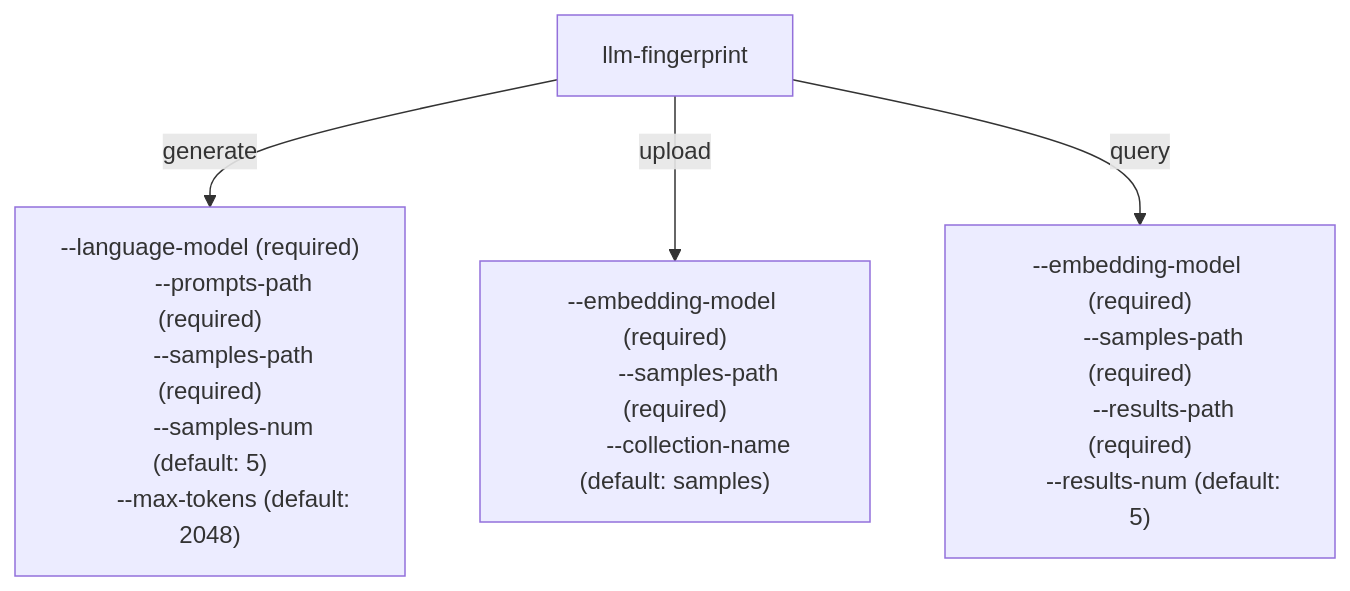
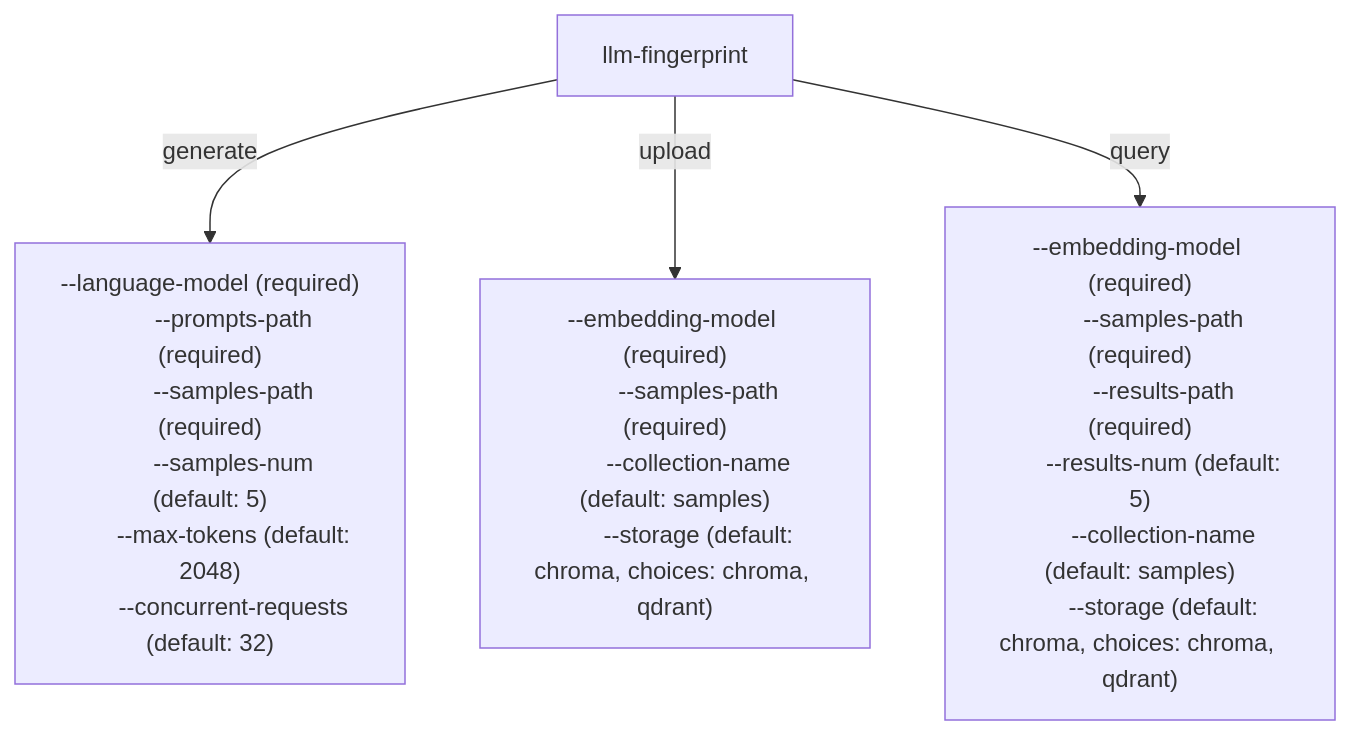
Before and after one commit to S1M0N38/llm-fingerprint: the seventh of 7 diagrams in CONTRIBUTING.md, drawn with Mermaid. The commit also changed other lines of this file, not shown here.

Commit message:
docs(CONTRIBUTING): update diagrams and release cycle

````diff
--- a/CONTRIBUTING.md
+++ b/CONTRIBUTING.md
@@ -361,22 +363,26 @@
 ```mermaid
 graph TD
     CLI["llm-fingerprint"]
 
     CLI -->|generate| Generate["
         --language-model (required)
         --prompts-path (required)
         --samples-path (required)
         --samples-num (default: 5)
-        --max-tokens (default: 2048)"]
+        --max-tokens (default: 2048)
+        --concurrent-requests (default: 32)"]
 
     CLI -->|upload| Upload["
         --embedding-model (required)
         --samples-path (required)
-        --collection-name (default: samples)"]
+        --collection-name (default: samples)
+        --storage (default: chroma, choices: chroma, qdrant)"]
 
     CLI -->|query| Query["
         --embedding-model (required)
         --samples-path (required)
         --results-path (required)
-        --results-num (default: 5)"]
+        --results-num (default: 5)
+        --collection-name (default: samples)
+        --storage (default: chroma, choices: chroma, qdrant)"]
 ```
````
